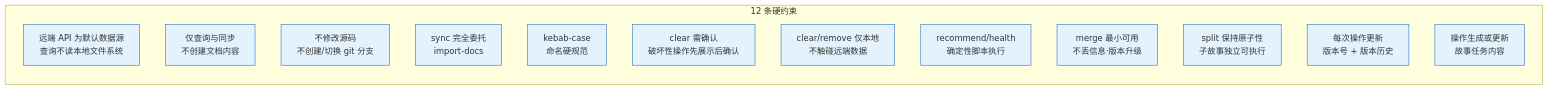
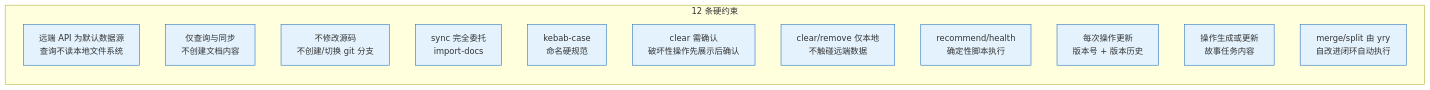
Diagram 13 of 15 in skills/rui-story/SKILL.md (effiy/YrY), drawn with Mermaid before and after one commit. The commit also changed other lines of this file and 3 other files, not shown here.

First line of the commit message:
refactor: merge/split 迁移至 yry 自改进闭环自动执行

````diff
--- a/skills/rui-story/SKILL.md
+++ b/skills/rui-story/SKILL.md
@@ -624,19 +501,18 @@
 ```mermaid
 flowchart LR
     subgraph 规则["12 条硬约束"]
         R1["远端 API 为默认数据源<br/>查询不读本地文件系统"]:::rule
         R2["仅查询与同步<br/>不创建文档内容"]:::rule
         R3["不修改源码<br/>不创建/切换 git 分支"]:::rule
         R4["sync 完全委托<br/>import-docs"]:::rule
         R5["kebab-case<br/>命名硬规范"]:::rule
         R6["clear 需确认<br/>破坏性操作先展示后确认"]:::rule
         R7["clear/remove 仅本地<br/>不触碰远端数据"]:::rule
         R8["recommend/health<br/>确定性脚本执行"]:::rule
-        R9["merge 最小可用<br/>不丢信息·版本升级"]:::rule
-        R10["split 保持原子性<br/>子故事独立可执行"]:::rule
-        R11["每次操作更新<br/>版本号 + 版本历史"]:::rule
-        R12["操作生成或更新<br/>故事任务内容"]:::rule
+            R9["每次操作更新<br/>版本号 + 版本历史"]:::rule
+            R10["操作生成或更新<br/>故事任务内容"]:::rule
+            R11["merge/split 由 yry<br/>自改进闭环自动执行"]:::rule
     end
 
     classDef rule fill:#e3f2fd,stroke:#1565c0;
 ```
````
